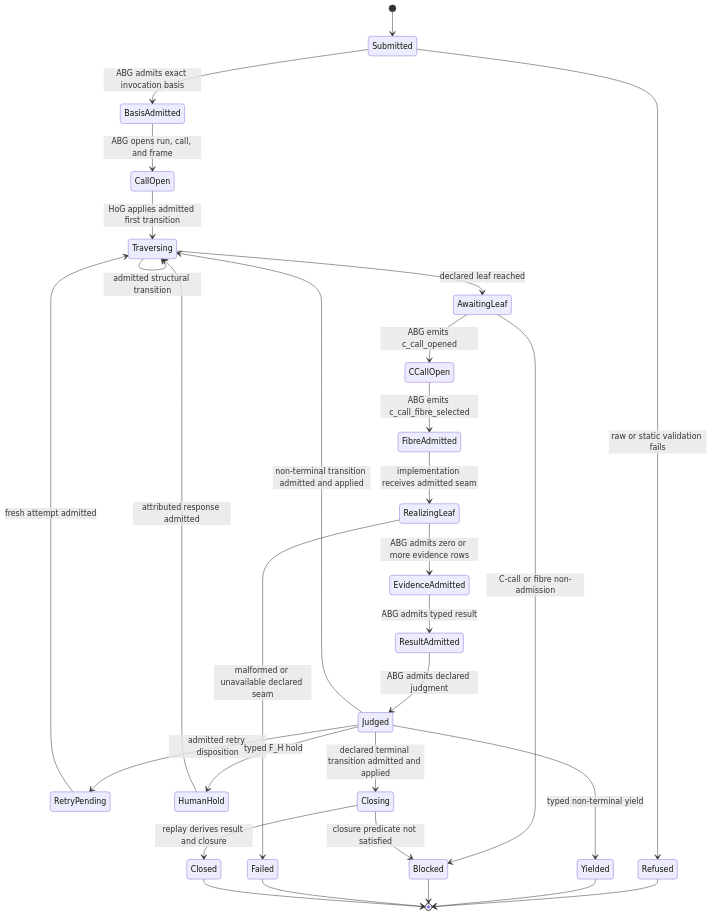
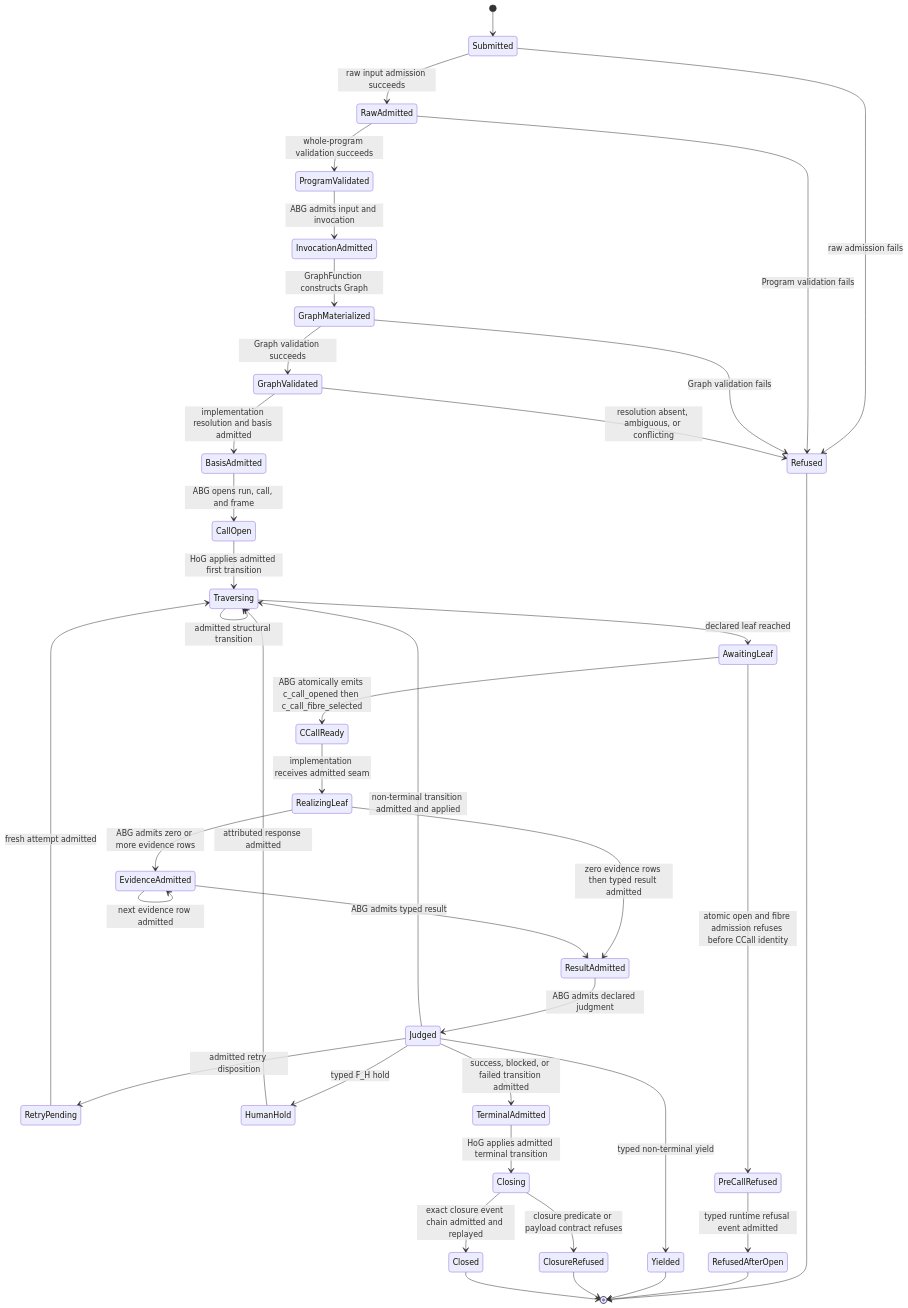
Before and after one commit to foolishimp/abiogenesis: the third of 3 diagrams in build_tenants/abiogenesis/typescript/design/M03_DIRECT_GTL_TRAVERSAL_BEHAVIOR_DESIGN.md, drawn with Mermaid. The commit also changed other lines of this file, not shown here.

````diff
--- a/build_tenants/abiogenesis/typescript/design/M03_DIRECT_GTL_TRAVERSAL_BEHAVIOR_DESIGN.md
+++ b/build_tenants/abiogenesis/typescript/design/M03_DIRECT_GTL_TRAVERSAL_BEHAVIOR_DESIGN.md
@@ -701,32 +911,42 @@
 ```mermaid
 stateDiagram-v2
     [*] --> Submitted
-    Submitted --> Refused: raw or static validation fails
-    Submitted --> BasisAdmitted: ABG admits exact invocation basis
+    Submitted --> RawAdmitted: raw input admission succeeds
+    Submitted --> Refused: raw admission fails
+    RawAdmitted --> ProgramValidated: whole-program validation succeeds
+    RawAdmitted --> Refused: Program validation fails
+    ProgramValidated --> InvocationAdmitted: ABG admits input and invocation
+    InvocationAdmitted --> GraphMaterialized: GraphFunction constructs Graph
+    GraphMaterialized --> GraphValidated: Graph validation succeeds
+    GraphMaterialized --> Refused: Graph validation fails
+    GraphValidated --> BasisAdmitted: implementation resolution and basis admitted
+    GraphValidated --> Refused: resolution absent, ambiguous, or conflicting
     BasisAdmitted --> CallOpen: ABG opens run, call, and frame
     CallOpen --> Traversing: HoG applies admitted first transition
     Traversing --> Traversing: admitted structural transition
     Traversing --> AwaitingLeaf: declared leaf reached
-    AwaitingLeaf --> CCallOpen: ABG emits c_call_opened
-    CCallOpen --> FibreAdmitted: ABG emits c_call_fibre_selected
-    FibreAdmitted --> RealizingLeaf: implementation receives admitted seam
+    AwaitingLeaf --> PreCallRefused: atomic open and fibre admission refuses before CCall identity
+    AwaitingLeaf --> CCallReady: ABG atomically emits c_call_opened then c_call_fibre_selected
+    CCallReady --> RealizingLeaf: implementation receives admitted seam
     RealizingLeaf --> EvidenceAdmitted: ABG admits zero or more evidence rows
+    RealizingLeaf --> ResultAdmitted: zero evidence rows then typed result admitted
+    EvidenceAdmitted --> EvidenceAdmitted: next evidence row admitted
     EvidenceAdmitted --> ResultAdmitted: ABG admits typed result
     ResultAdmitted --> Judged: ABG admits declared judgment
     Judged --> Traversing: non-terminal transition admitted and applied
     Judged --> RetryPending: admitted retry disposition
     RetryPending --> Traversing: fresh attempt admitted
     Judged --> HumanHold: typed F_H hold
     HumanHold --> Traversing: attributed response admitted
     Judged --> Yielded: typed non-terminal yield
-    AwaitingLeaf --> Blocked: C-call or fibre non-admission
-    RealizingLeaf --> Failed: malformed or unavailable declared seam
-    Judged --> Closing: declared terminal transition admitted and applied
-    Closing --> Closed: replay derives result and closure
-    Closing --> Blocked: closure predicate not satisfied
+    Judged --> TerminalAdmitted: success, blocked, or failed transition admitted
+    TerminalAdmitted --> Closing: HoG applies admitted terminal transition
+    Closing --> Closed: exact closure event chain admitted and replayed
+    Closing --> ClosureRefused: closure predicate or payload contract refuses
+    PreCallRefused --> RefusedAfterOpen: typed runtime refusal event admitted
     Refused --> [*]
+    RefusedAfterOpen --> [*]
     Yielded --> [*]
-    Blocked --> [*]
-    Failed --> [*]
+    ClosureRefused --> [*]
     Closed --> [*]
 ```
````
